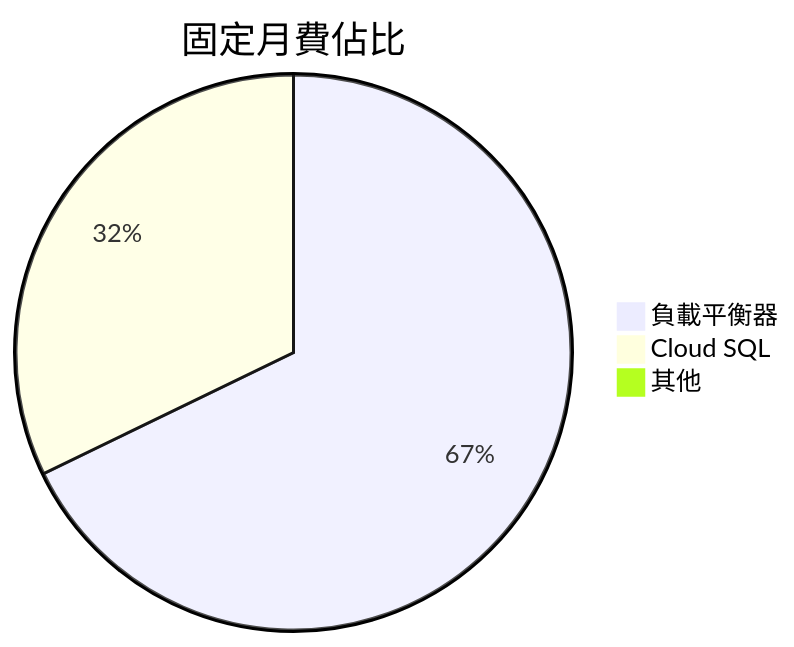
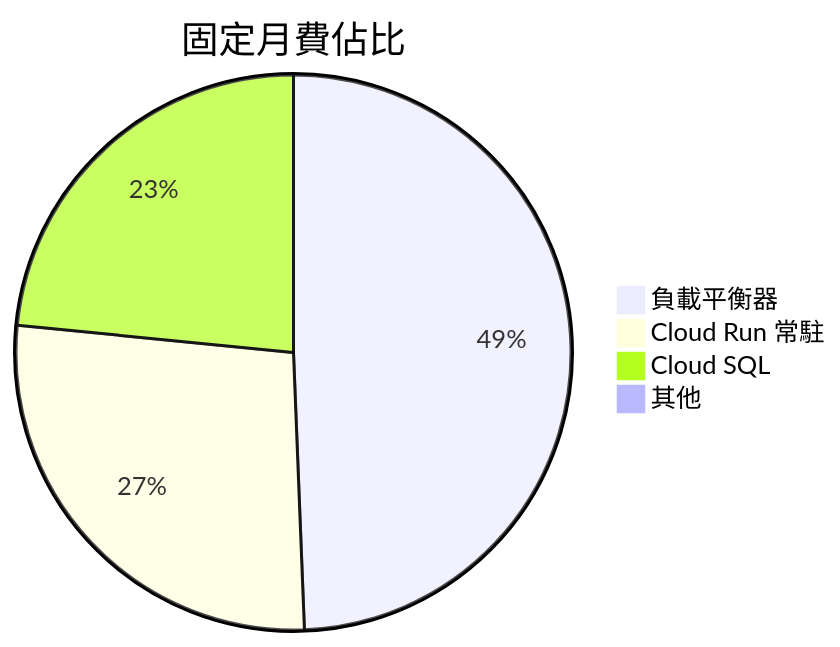
One commit to dylanhsieh/wang-sis-docs changed the first of 2 diagrams in COST.md. Above: the diagram before and after it, drawn with Mermaid. The commit also changed other lines of this file and 13 other files, not shown here.

First line of the commit message:
Update cost report: add Cloud Run min-instances, Resend, GCP credits estimate

````diff
--- a/COST.md
+++ b/COST.md
@@ -24,6 +24,7 @@
 ```mermaid
 pie title 固定月費佔比
     "負載平衡器" : 590
+    "Cloud Run 常駐" : 325
     "Cloud SQL" : 280
     "其他" : 6
 ```
````
